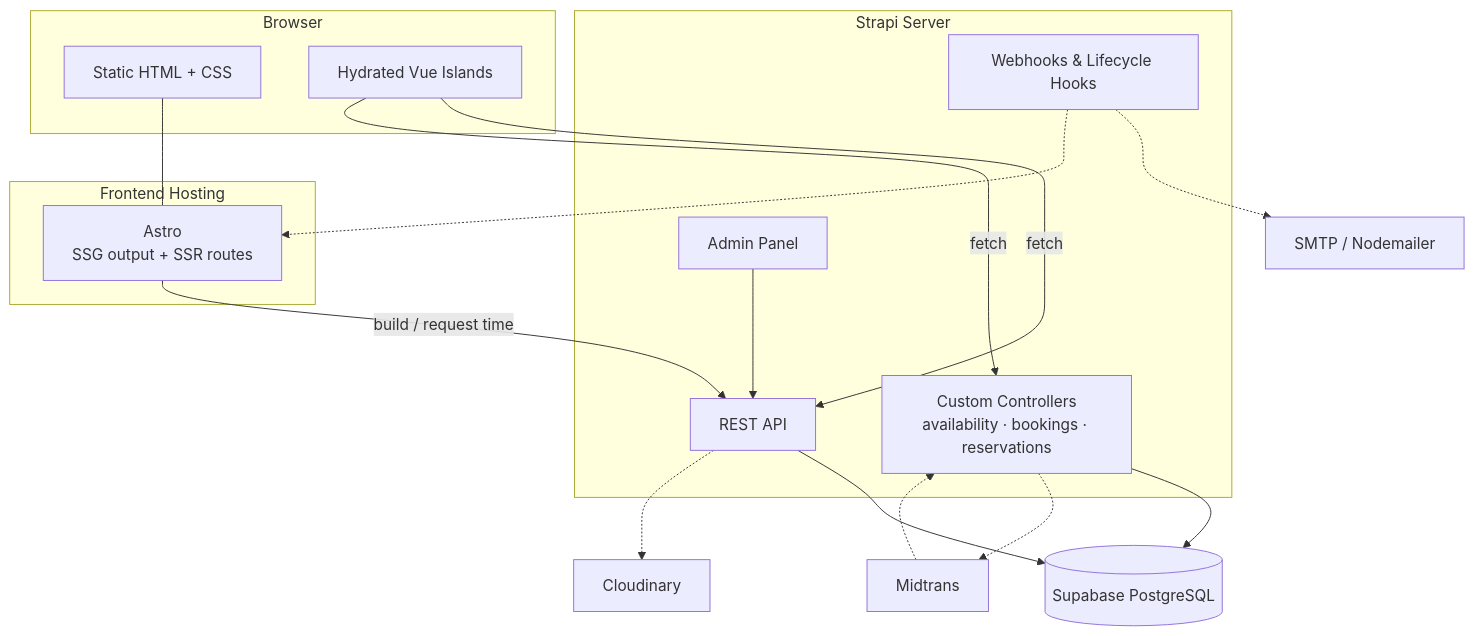
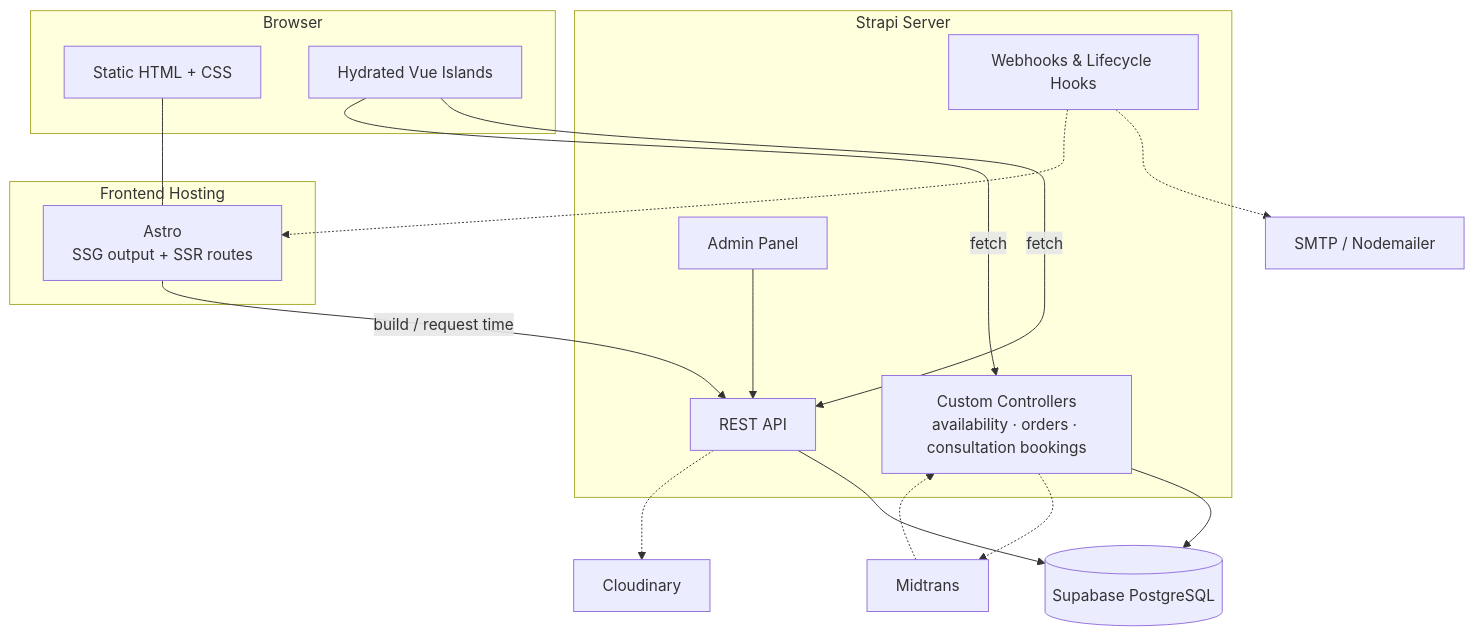
Before and after one commit to AnggaWikaNugraha/fullstack-company-profile: the first of 2 diagrams in docs/architecture.md, drawn with Mermaid. The commit also changed other lines of this file and 6 other files, not shown here.

````diff
--- a/docs/architecture.md
+++ b/docs/architecture.md
@@ -20,36 +20,36 @@
 ```mermaid
 flowchart TB
     subgraph Client["Browser"]
         HTML["Static HTML + CSS"]
         Vue["Hydrated Vue Islands"]
     end
 
     subgraph Hosting["Frontend Hosting"]
         Astro["Astro<br/>SSG output + SSR routes"]
     end
 
     subgraph Backend["Strapi Server"]
         REST["REST API"]
-        Custom["Custom Controllers<br/>availability · bookings · reservations"]
+        Custom["Custom Controllers<br/>availability · orders · consultation bookings"]
         Admin["Admin Panel"]
         Hooks["Webhooks & Lifecycle Hooks"]
     end
 
     DB[("Supabase PostgreSQL")]
     Media["Cloudinary"]
     Pay["Midtrans"]
     Mail["SMTP / Nodemailer"]
 
     HTML --- Astro
     Vue -- "fetch" --> REST
     Vue -- "fetch" --> Custom
     Astro -- "build / request time" --> REST
     Admin --> REST
     REST --> DB
     Custom --> DB
     REST -.-> Media
     Custom -.-> Pay
     Pay -.-> Custom
     Hooks -.-> Mail
     Hooks -.-> Astro
 ```
````
